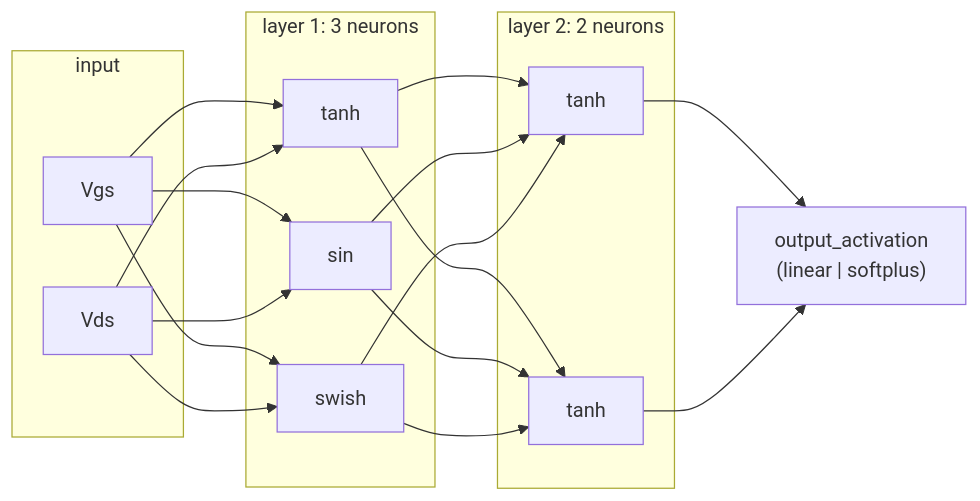
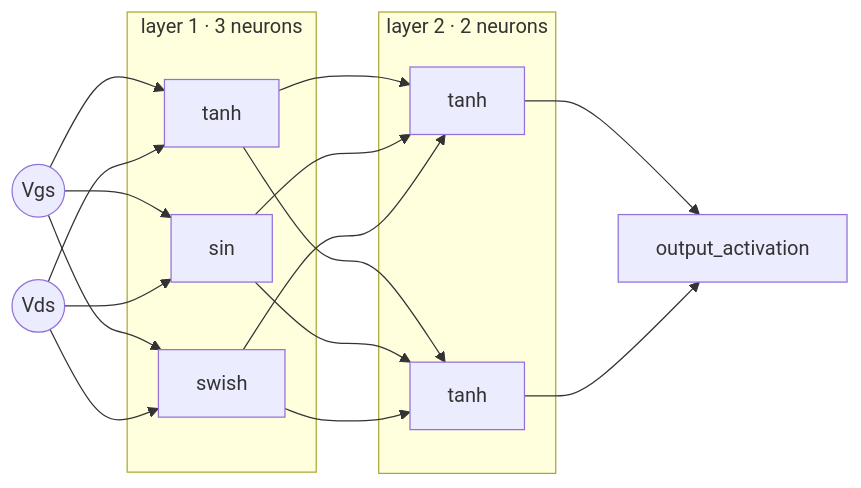
The second of 5 diagrams in docs/MODEL_ARCHITECTURES.md (Angel-AD/transistor_modeling), drawn with Mermaid before and after one commit. The commit also changed other lines of this file and 3 other files, not shown here.

````diff
--- a/docs/MODEL_ARCHITECTURES.md
+++ b/docs/MODEL_ARCHITECTURES.md
@@ -43,16 +47,16 @@
 ```mermaid
 flowchart LR
-    subgraph L0["input"]
-        Vgs; Vds
+    subgraph L1["layer 1 · 3 neurons"]
+        A1["tanh"]
+        A2["sin"]
+        A3["swish"]
     end
-    subgraph L1["layer 1: 3 neurons"]
-        A1["tanh"]; A2["sin"]; A3["swish"]
+    subgraph L2["layer 2 · 2 neurons"]
+        B1["tanh"]
+        B2["tanh"]
     end
-    subgraph L2["layer 2: 2 neurons"]
-        B1["tanh"]; B2["tanh"]
-    end
-    OUT["output_activation\n(linear | softplus)"]
-    Vgs & Vds --> A1 & A2 & A3
+    Vgs(("Vgs")) --> A1 & A2 & A3
+    Vds(("Vds")) --> A1 & A2 & A3
     A1 & A2 & A3 --> B1 & B2
-    B1 & B2 --> OUT
+    B1 & B2 --> OUT["output_activation"]
 ```
````
